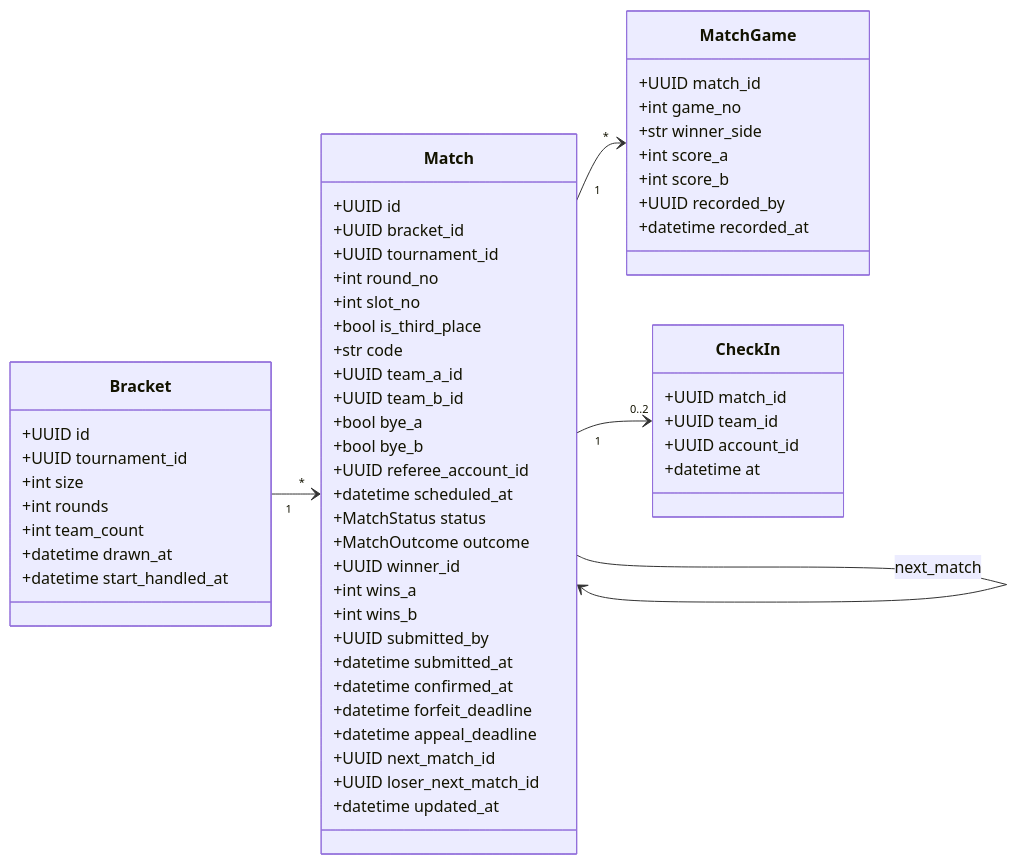
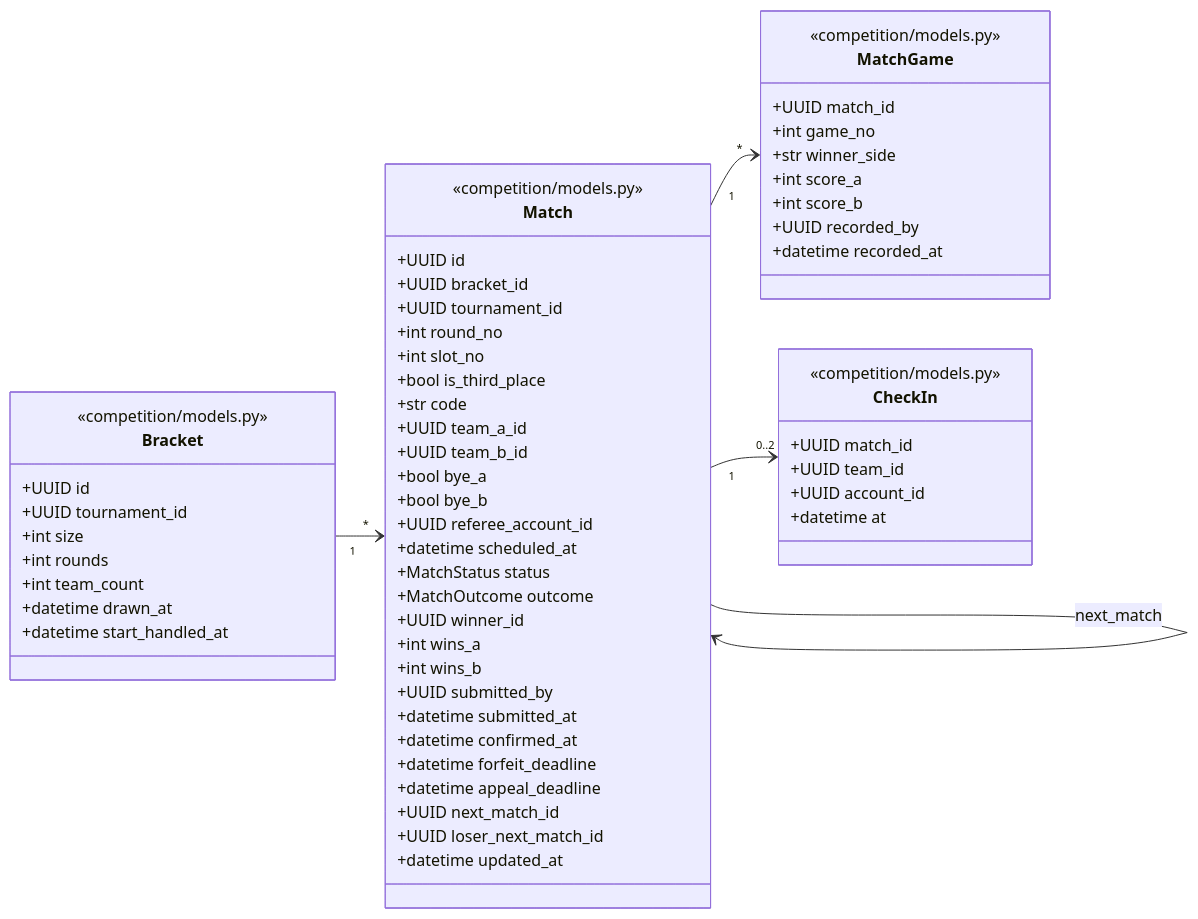
The tenth of 15 diagrams in docs/midterm/D-物件設計文件.md (Team14good/esport-platform), drawn with Mermaid before and after one commit. The commit also changed other lines of this file and 27 other files, not shown here.

First line of the commit message:
docs: B、C、D 其餘的圖全部對照程式標註

````diff
--- a/docs/midterm/D-物件設計文件.md
+++ b/docs/midterm/D-物件設計文件.md
@@ -495,60 +520,64 @@
 ```mermaid
 classDiagram
   direction LR
   class Bracket {
+    <<competition/models.py>>
     +UUID id
     +UUID tournament_id
     +int size
     +int rounds
     +int team_count
     +datetime drawn_at
     +datetime start_handled_at
   }
   class Match {
+    <<competition/models.py>>
     +UUID id
     +UUID bracket_id
     +UUID tournament_id
     +int round_no
     +int slot_no
     +bool is_third_place
     +str code
     +UUID team_a_id
     +UUID team_b_id
     +bool bye_a
     +bool bye_b
     +UUID referee_account_id
     +datetime scheduled_at
     +MatchStatus status
     +MatchOutcome outcome
     +UUID winner_id
     +int wins_a
     +int wins_b
     +UUID submitted_by
     +datetime submitted_at
     +datetime confirmed_at
     +datetime forfeit_deadline
     +datetime appeal_deadline
     +UUID next_match_id
     +UUID loser_next_match_id
     +datetime updated_at
   }
   class MatchGame {
+    <<competition/models.py>>
     +UUID match_id
     +int game_no
     +str winner_side
     +int score_a
     +int score_b
     +UUID recorded_by
     +datetime recorded_at
   }
   class CheckIn {
+    <<competition/models.py>>
     +UUID match_id
     +UUID team_id
     +UUID account_id
     +datetime at
   }
   Bracket "1" --> "*" Match
   Match "1" --> "*" MatchGame
   Match "1" --> "0..2" CheckIn
   Match --> Match : next_match
 ```
````
